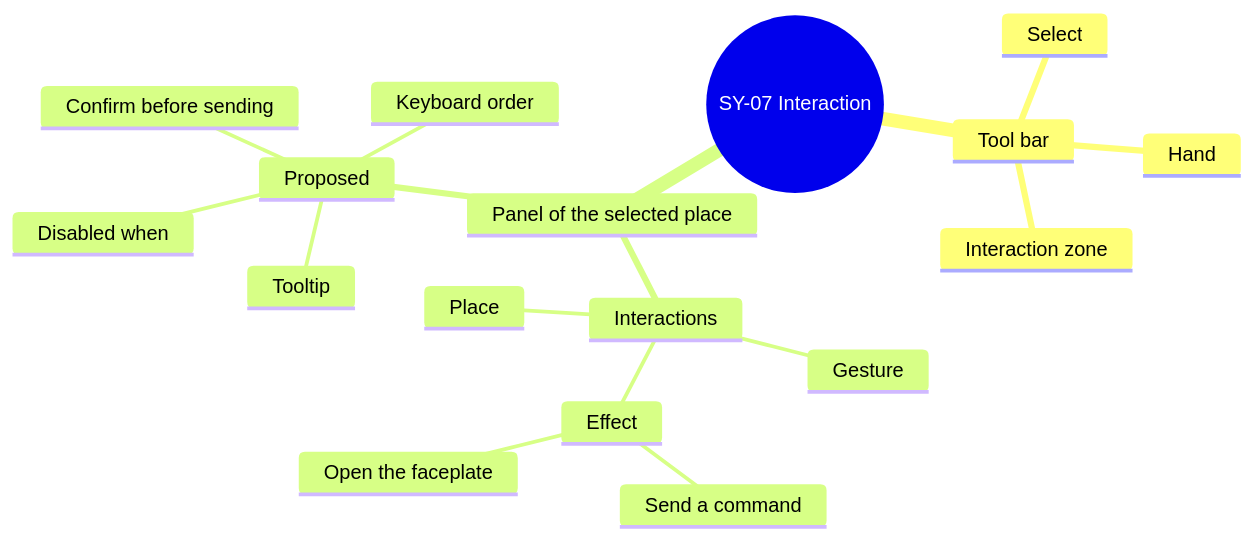
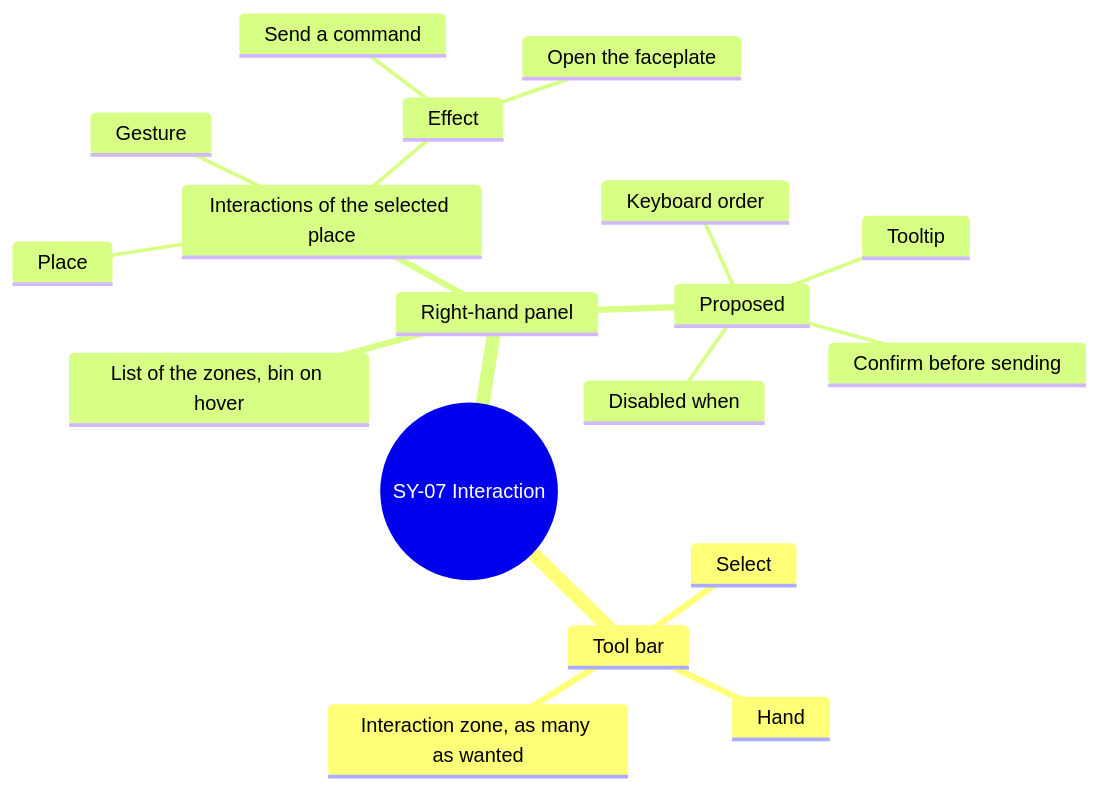
The ninth of 16 diagrams in screens/symbols.md (AlexandreGallais/synoptic-studio-spec), drawn with Mermaid before and after one commit. The commit also changed other lines of this file and 20 other files, not shown here.

````diff
--- a/screens/symbols.md
+++ b/screens/symbols.md
@@ -404,20 +406,21 @@
 ```mermaid
 mindmap
   root((SY-07 Interaction))
     Tool bar
       Select
       Hand
-      Interaction zone
-    Panel of the selected place
-      Interactions
+      Interaction zone, as many as wanted
+    Right-hand panel
+      List of the zones, bin on hover
+      Interactions of the selected place
         Place
         Gesture
         Effect
           Send a command
           Open the faceplate
       Proposed
         Disabled when
         Confirm before sending
         Tooltip
         Keyboard order
 ```
````
